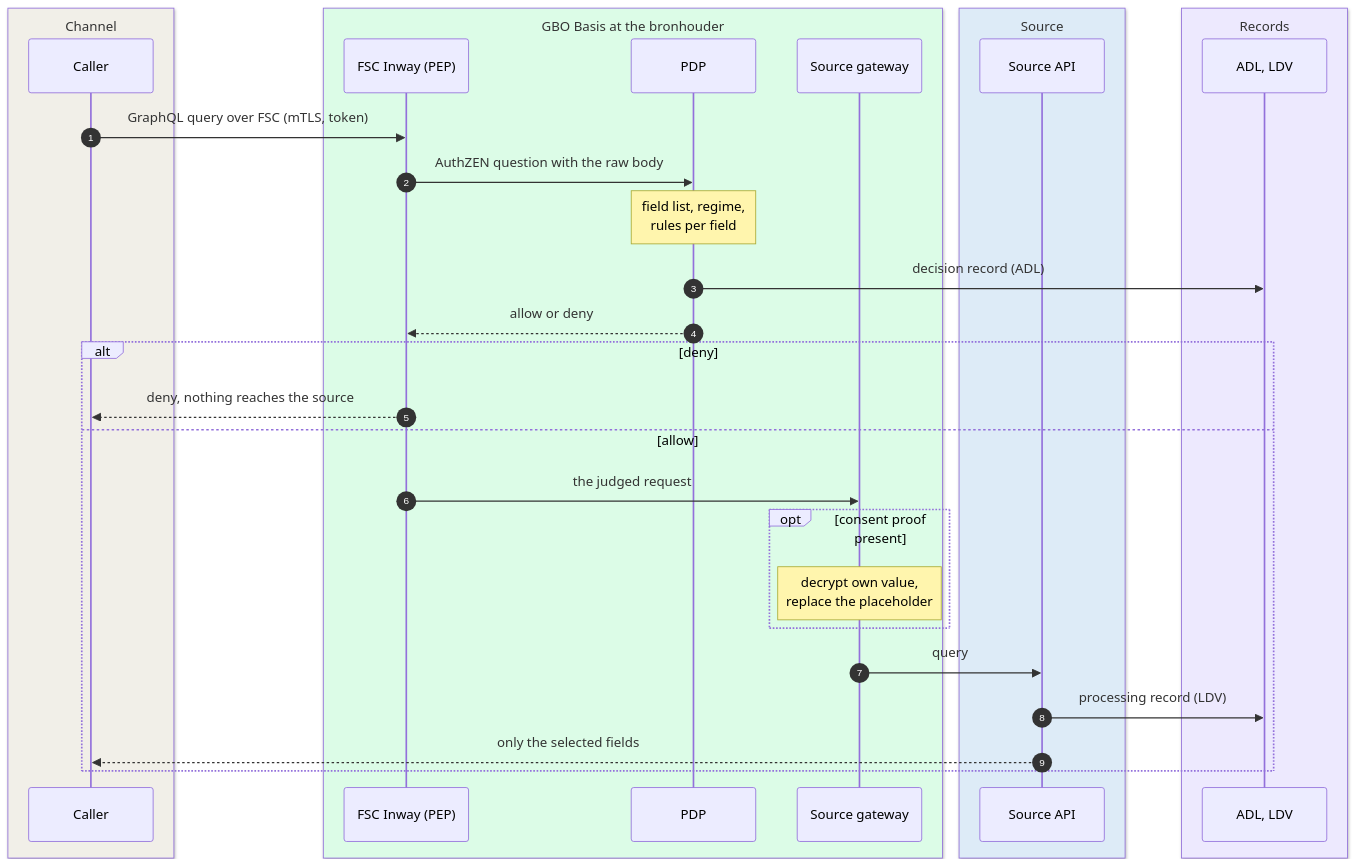
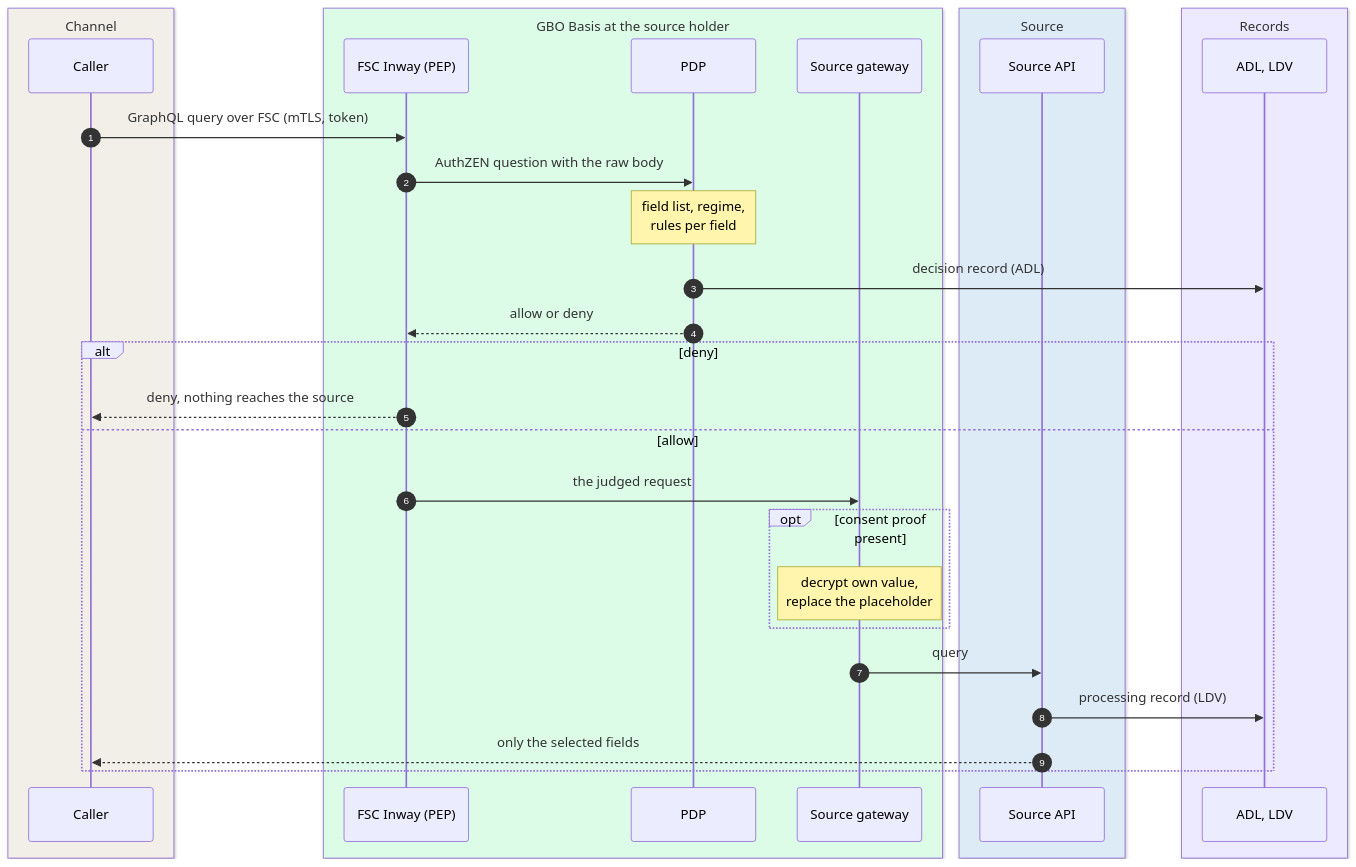
Before and after one commit to ICTU/GBO-TO: the second of 3 diagrams in docs/building-blocks/gbo-basis/index.md, drawn with Mermaid. The commit also changed other lines of this file and 82 other files, not shown here.

````diff
--- a/docs/building-blocks/gbo-basis/index.md
+++ b/docs/building-blocks/gbo-basis/index.md
@@ -108,34 +108,34 @@
 ```mermaid
 sequenceDiagram
   autonumber
   box rgb(241,239,232) Channel
     participant C as Caller
   end
-  box rgb(220,252,231) GBO Basis at the bronhouder
+  box rgb(220,252,231) GBO Basis at the source holder
     participant IN as FSC Inway (PEP)
     participant PDP as PDP
     participant GW as Source gateway
   end
   box rgb(221,235,247) Source
     participant API as Source API
   end
   box rgb(237,233,254) Records
     participant R as ADL, LDV
   end
   C->>IN: GraphQL query over FSC (mTLS, token)
   IN->>PDP: AuthZEN question with the raw body
   Note over PDP: field list, regime,<br/>rules per field
   PDP->>R: decision record (ADL)
   PDP-->>IN: allow or deny
   alt deny
     IN-->>C: deny, nothing reaches the source
   else allow
     IN->>GW: the judged request
     opt consent proof present
       Note over GW: decrypt own value,<br/>replace the placeholder
     end
     GW->>API: query
     API->>R: processing record (LDV)
     API-->>C: only the selected fields
   end
 ```
````
